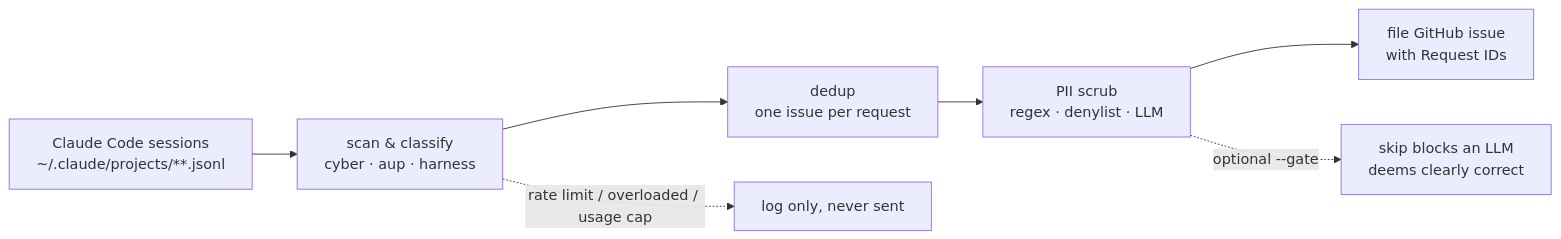
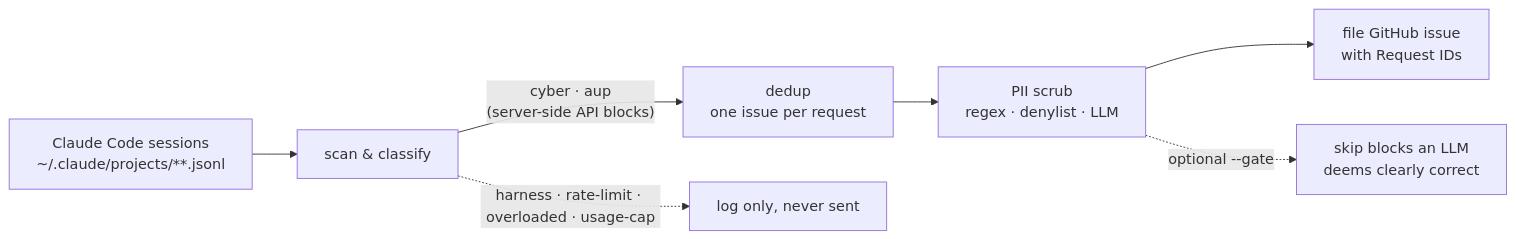
The diagram in README.md (sworrl/ClAudit), drawn with Mermaid before and after one commit. The commit also changed other lines of this file and 1 other file, not shown here.

````diff
--- a/README.md
+++ b/README.md
@@ -141,9 +141,9 @@
 ```mermaid
 flowchart LR
-    A["Claude Code sessions<br/>~/.claude/projects/**.jsonl"] --> B["scan &amp; classify<br/>cyber · aup · harness"]
-    B --> C["dedup<br/>one issue per request"]
+    A["Claude Code sessions<br/>~/.claude/projects/**.jsonl"] --> B["scan &amp; classify"]
+    B -- "cyber · aup<br/>(server-side API blocks)" --> C["dedup<br/>one issue per request"]
     C --> D["PII scrub<br/>regex · denylist · LLM"]
     D --> F["file GitHub issue<br/>with Request IDs"]
     D -. "optional --gate" .-> G["skip blocks an LLM<br/>deems clearly correct"]
-    B -. "rate limit / overloaded / usage cap" .-> H["log only, never sent"]
+    B -. "harness · rate-limit · overloaded · usage-cap" .-> H["log only, never sent"]
 ```
````
